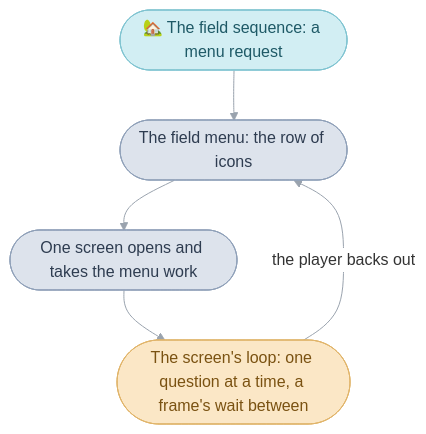
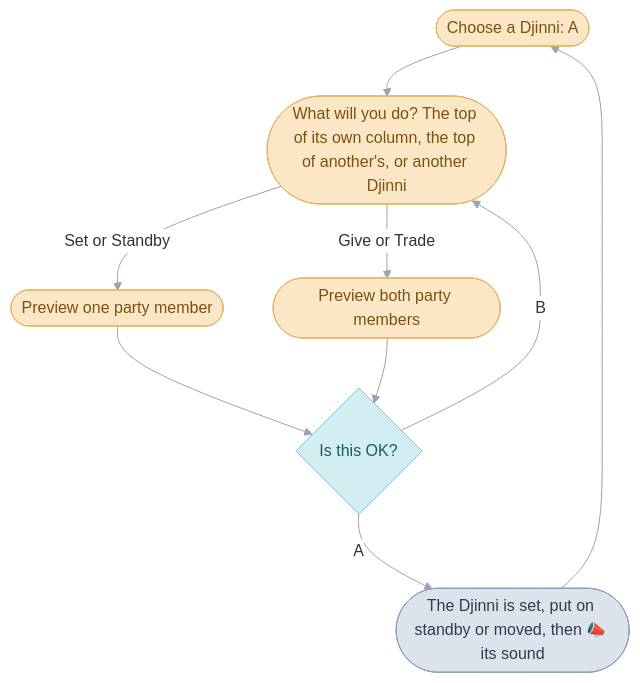
One commit to PascalPixel/alchemy changed the first of 3 diagrams in games/tbs/src/menu/README.md. Above: the diagram before and after it, drawn with Mermaid. The commit also changed other lines of this file and 20 other files, not shown here.

````diff
--- a/games/tbs/src/menu/README.md
+++ b/games/tbs/src/menu/README.md
@@ -29,14 +282,17 @@
 ```mermaid
 %%{init: {"theme": "base", "themeVariables": {"lineColor": "#9AA3AE", "edgeLabelBackground": "#FFFFFF"}, "flowchart": {"curve": "basis", "padding": 12}}}%%
 flowchart TD
-  field(["🏡 The field sequence: a menu request"]) --> icons(["The field menu: the row of icons"])
-  icons --> screen(["One screen opens and takes the menu work"])
-  screen --> loop(["The screen's loop: one question at a time, a frame's wait between"])
-  loop -- "the player backs out" --> icons
-  classDef sequence fill:#D2EEF3,stroke:#7FC3D0,color:#1E5966
+  pick(["Choose a Djinni: A"]) --> what(["What will you do? The top of its own column, the top of another's, or another Djinni"])
+  what -- "Set or Standby" --> one(["Preview one party member"])
+  what -- "Give or Trade" --> two(["Preview both party members"])
+  one & two --> ok{"Is this OK?"}
+  ok -- "A" --> apply(["The Djinni is set, put on standby or moved, then 📣 its sound"])
+  ok -- "B" --> what
+  apply --> pick
+  classDef frame fill:#FBE7C6,stroke:#E0B46A,color:#7A5212
   classDef code fill:#DDE3EC,stroke:#8FA0B8,color:#2E3C50
-  classDef frame fill:#FBE7C6,stroke:#E0B46A,color:#7A5212
-  class field sequence
-  class icons,screen code
-  class loop frame
+  classDef check fill:#D2EEF3,stroke:#7FC3D0,color:#1E5966
+  class pick,what,one,two frame
+  class ok check
+  class apply code
 ```
````
